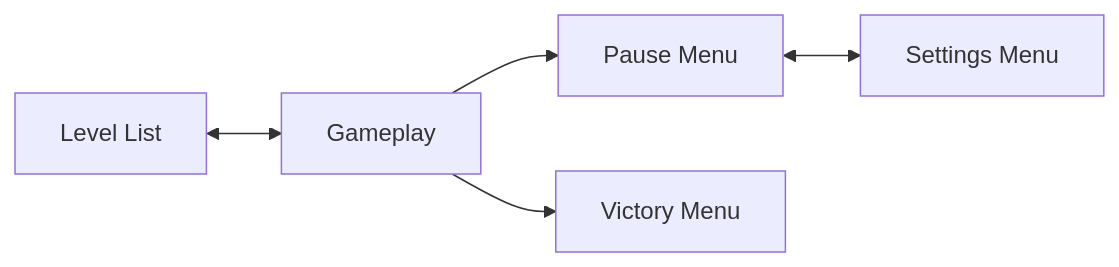
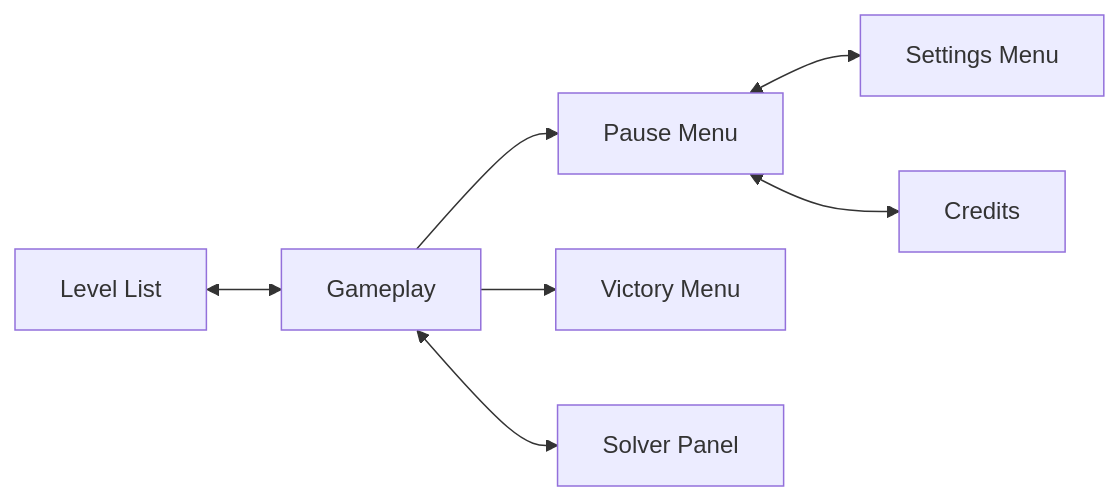
Before and after one commit to ShenMian/sokoban: the second of 3 diagrams in docs/architecture.md, drawn with Mermaid. The commit also changed other lines of this file, not shown here.

Commit message:
docs(architecture): sync the document with the current codebase

````diff
--- a/docs/architecture.md
+++ b/docs/architecture.md
@@ -21,13 +21,17 @@
 ```mermaid
 flowchart LR
     LEVEL_LIST["Level List"]
     GAMEPLAY["Gameplay"]
     PAUSE_MENU["Pause Menu"]
     SETTINGS_MENU["Settings Menu"]
+    CREDITS["Credits"]
     VICTORY_MENU["Victory Menu"]
+    SOLVER_PANEL["Solver Panel"]
 
     LEVEL_LIST <--> GAMEPLAY
     GAMEPLAY --> PAUSE_MENU
     PAUSE_MENU <--> SETTINGS_MENU
+    PAUSE_MENU <--> CREDITS
     GAMEPLAY --> VICTORY_MENU
+    GAMEPLAY <--> SOLVER_PANEL
 ```
````
